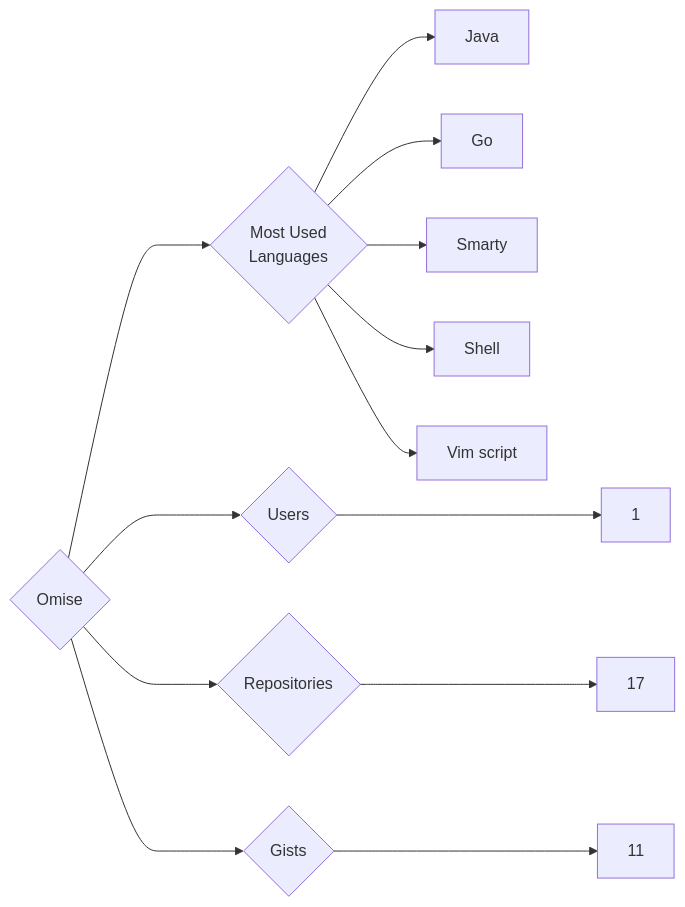
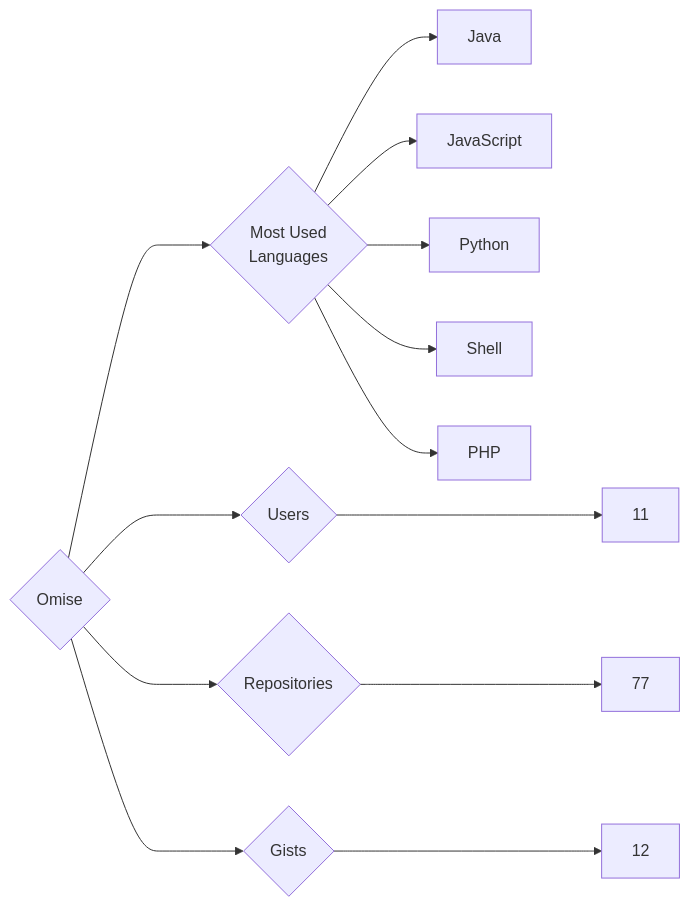
The diagram in targets/Omise/README.md (trickest/insiders), drawn with Mermaid before and after one commit. The commit also changed 806 other files, not shown here.

````diff
--- a/targets/Omise/README.md
+++ b/targets/Omise/README.md
@@ -3,13 +3,13 @@
 ```mermaid
 graph LR
 COMPANY_NAME{Omise}
-COMPANY_NAME ---> U{Users} ---> UN[1]
-COMPANY_NAME ---> R{Repositories} ---> RN[17]
-COMPANY_NAME ---> G{Gists} ---> GN[11]
+COMPANY_NAME ---> U{Users} ---> UN[11]
+COMPANY_NAME ---> R{Repositories} ---> RN[77]
+COMPANY_NAME ---> G{Gists} ---> GN[12]
 COMPANY_NAME ---> ML{Most Used<br>Languages}
 ML --> Java[Java]
-ML --> Go[Go]
-ML --> Smarty[Smarty]
+ML --> JavaScript[JavaScript]
+ML --> Python[Python]
 ML --> Shell[Shell]
-ML --> Vim_script[Vim script]
+ML --> PHP[PHP]
 ```
````
